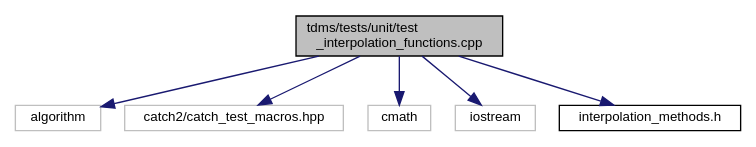
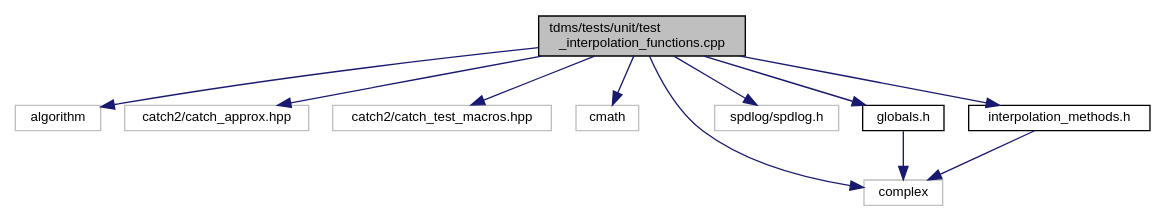
The diagram in test__interpolation__functions_8cpp__incl.dot (UCL/TDMS), drawn with Graphviz before and after one commit. The commit also changed 173 other files, not shown here.

```diff
--- a/test__interpolation__functions_8cpp__incl.dot
+++ b/test__interpolation__functions_8cpp__incl.dot
@@ -1,17 +1,25 @@
 digraph "tdms/tests/unit/test_interpolation_functions.cpp"
 {
  // LATEX_PDF_SIZE
   edge [fontname="Helvetica",fontsize="10",labelfontname="Helvetica",labelfontsize="10"];
   node [fontname="Helvetica",fontsize="10",shape=record];
   Node1 [label="tdms/tests/unit/test\l_interpolation_functions.cpp",height=0.2,width=0.4,color="black", fillcolor="grey75", style="filled", fontcolor="black",tooltip="Tests the performance of the interpolation functions, using 1D data mimicing a coordinate axes."];
   Node1 -> Node2 [color="midnightblue",fontsize="10",style="solid",fontname="Helvetica"];
   Node2 [label="algorithm",height=0.2,width=0.4,color="grey75", fillcolor="white", style="filled",tooltip=" "];
   Node1 -> Node3 [color="midnightblue",fontsize="10",style="solid",fontname="Helvetica"];
-  Node3 [label="catch2/catch_test_macros.hpp",height=0.2,width=0.4,color="grey75", fillcolor="white", style="filled",tooltip=" "];
+  Node3 [label="catch2/catch_approx.hpp",height=0.2,width=0.4,color="grey75", fillcolor="white", style="filled",tooltip=" "];
   Node1 -> Node4 [color="midnightblue",fontsize="10",style="solid",fontname="Helvetica"];
-  Node4 [label="cmath",height=0.2,width=0.4,color="grey75", fillcolor="white", style="filled",tooltip=" "];
+  Node4 [label="catch2/catch_test_macros.hpp",height=0.2,width=0.4,color="grey75", fillcolor="white", style="filled",tooltip=" "];
   Node1 -> Node5 [color="midnightblue",fontsize="10",style="solid",fontname="Helvetica"];
-  Node5 [label="iostream",height=0.2,width=0.4,color="grey75", fillcolor="white", style="filled",tooltip=" "];
+  Node5 [label="cmath",height=0.2,width=0.4,color="grey75", fillcolor="white", style="filled",tooltip=" "];
   Node1 -> Node6 [color="midnightblue",fontsize="10",style="solid",fontname="Helvetica"];
-  Node6 [label="interpolation_methods.h",height=0.2,width=0.4,color="black", fillcolor="white", style="filled",URL="$interpolation__methods_8h_source.html",tooltip=" "];
+  Node6 [label="complex",height=0.2,width=0.4,color="grey75", fillcolor="white", style="filled",tooltip=" "];
+  Node1 -> Node7 [color="midnightblue",fontsize="10",style="solid",fontname="Helvetica"];
+  Node7 [label="spdlog/spdlog.h",height=0.2,width=0.4,color="grey75", fillcolor="white", style="filled",tooltip=" "];
+  Node1 -> Node8 [color="midnightblue",fontsize="10",style="solid",fontname="Helvetica"];
+  Node8 [label="globals.h",height=0.2,width=0.4,color="black", fillcolor="white", style="filled",URL="$globals_8h.html",tooltip="Type definitions and global constants."];
+  Node8 -> Node6 [color="midnightblue",fontsize="10",style="solid",fontname="Helvetica"];
+  Node1 -> Node9 [color="midnightblue",fontsize="10",style="solid",fontname="Helvetica"];
+  Node9 [label="interpolation_methods.h",height=0.2,width=0.4,color="black", fillcolor="white", style="filled",URL="$interpolation__methods_8h.html",tooltip="InterpScheme class methods and supporting functions."];
+  Node9 -> Node6 [color="midnightblue",fontsize="10",style="solid",fontname="Helvetica"];
 }
```
